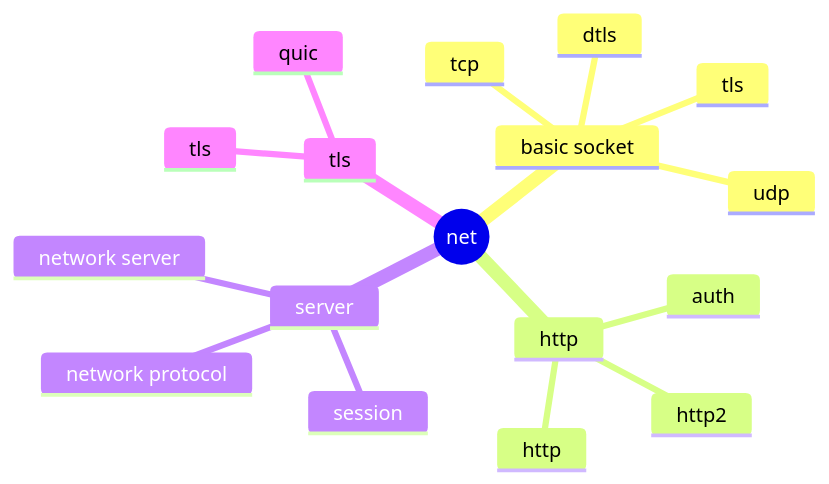
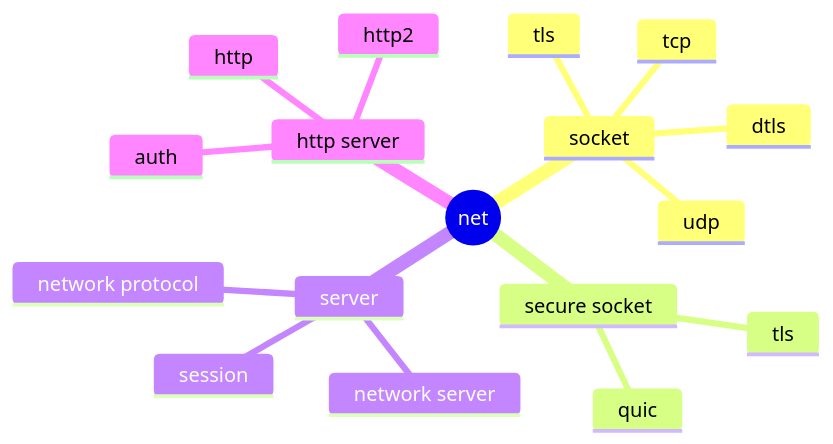
Before and after one commit to princeb612/hotplace: the diagram in sdk/net/README.md, drawn with Mermaid. The commit also changed 37 other files, not shown here.

````diff
--- a/sdk/net/README.md
+++ b/sdk/net/README.md
@@ -3,20 +3,20 @@
 ```mermaid
 mindmap
   root((net))
-    basic socket
+    socket
       tcp
       udp
       tls
       dtls
-    http
-      auth
-      http
-      http2
+    secure socket
+      tls
+      quic
     server
       network server
       network protocol
       session
-    tls
-      tls
-      quic
+    http server
+      auth
+      http
+      http2
 ```
````
